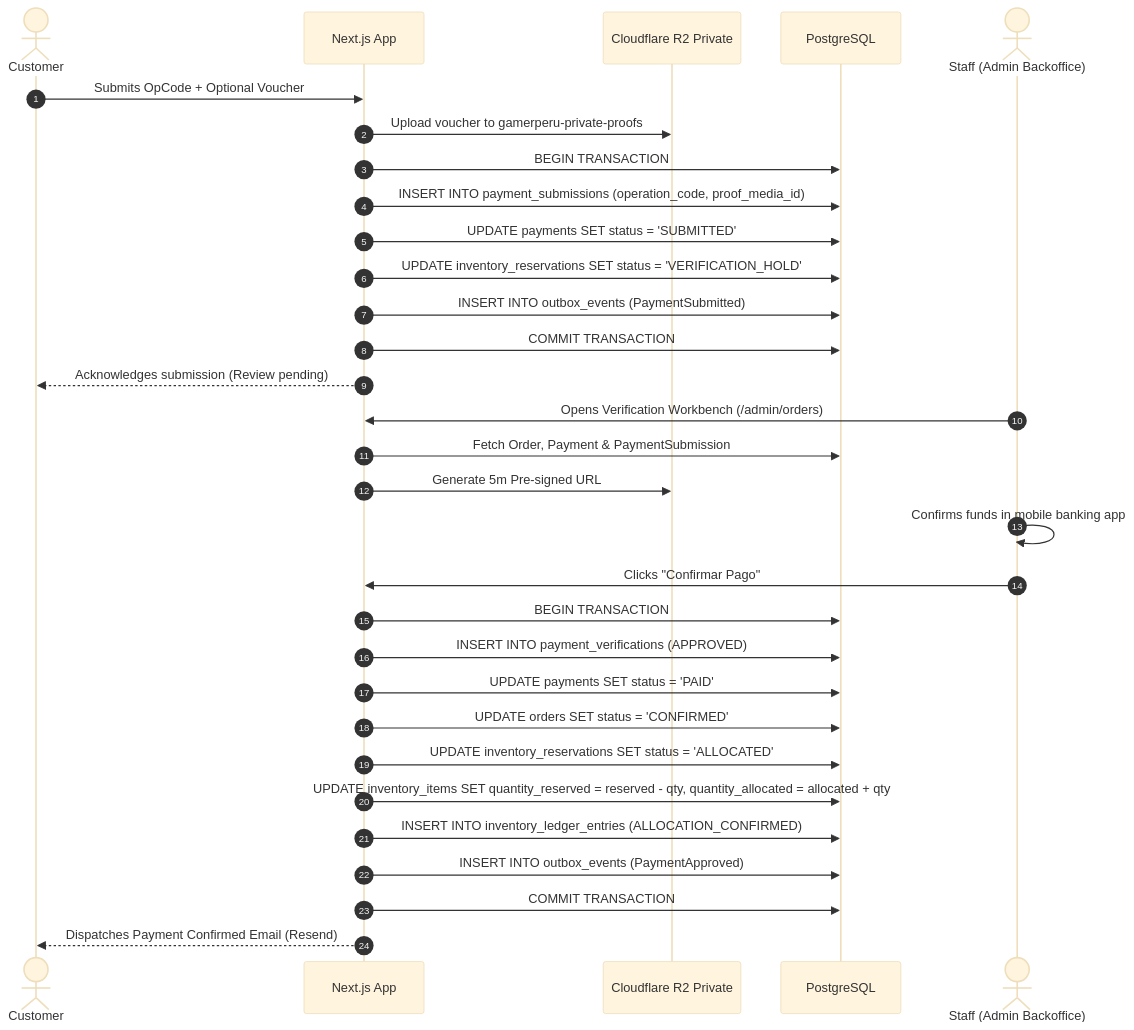
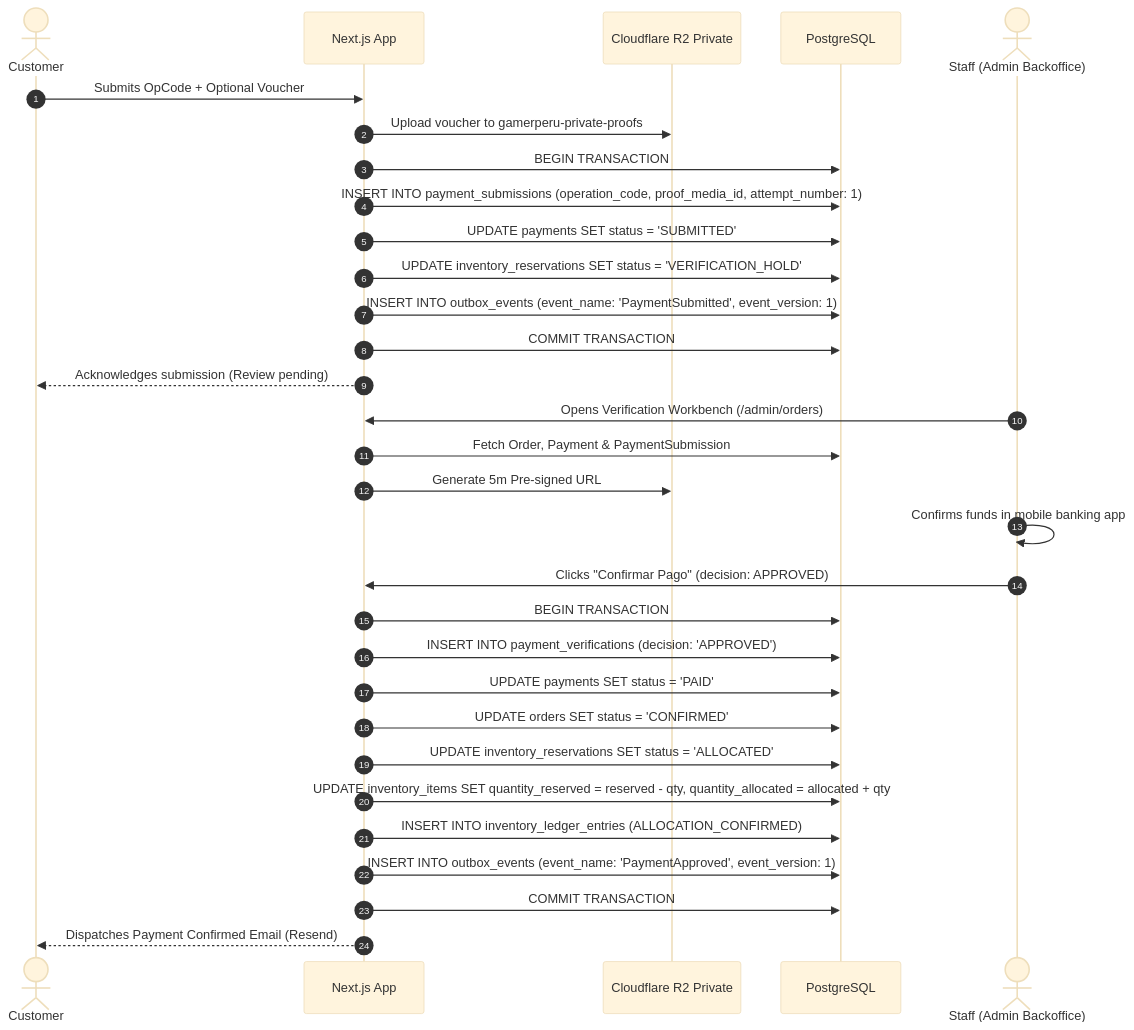
Diagram 11 of 15 in docs/architecture/COMMERCE_DOMAIN_MODEL.md (SaeBryxn/GamerPeru-Vercel), drawn with Mermaid (base theme) before and after one commit. The commit also changed other lines of this file and 1 other file, not shown here.

Commit message:
docs: finalize GP-004 schema readiness

````diff
--- a/docs/architecture/COMMERCE_DOMAIN_MODEL.md
+++ b/docs/architecture/COMMERCE_DOMAIN_MODEL.md
@@ -1327,35 +1383,35 @@
 ```mermaid
 sequenceDiagram
     autonumber
     actor Customer
     participant App as Next.js App
     participant R2 as Cloudflare R2 Private
     participant DB as PostgreSQL
     actor Admin as Staff (Admin Backoffice)
 
     Customer->>App: Submits OpCode + Optional Voucher
     App->>R2: Upload voucher to gamerperu-private-proofs
     App->>DB: BEGIN TRANSACTION
-    App->>DB: INSERT INTO payment_submissions (operation_code, proof_media_id)
+    App->>DB: INSERT INTO payment_submissions (operation_code, proof_media_id, attempt_number: 1)
     App->>DB: UPDATE payments SET status = 'SUBMITTED'
     App->>DB: UPDATE inventory_reservations SET status = 'VERIFICATION_HOLD'
-    App->>DB: INSERT INTO outbox_events (PaymentSubmitted)
+    App->>DB: INSERT INTO outbox_events (event_name: 'PaymentSubmitted', event_version: 1)
     App->>DB: COMMIT TRANSACTION
     App-->>Customer: Acknowledges submission (Review pending)
     
     Admin->>App: Opens Verification Workbench (/admin/orders)
     App->>DB: Fetch Order, Payment & PaymentSubmission
     App->>R2: Generate 5m Pre-signed URL
     Admin->>Admin: Confirms funds in mobile banking app
-    Admin->>App: Clicks "Confirmar Pago"
+    Admin->>App: Clicks "Confirmar Pago" (decision: APPROVED)
     App->>DB: BEGIN TRANSACTION
-    App->>DB: INSERT INTO payment_verifications (APPROVED)
+    App->>DB: INSERT INTO payment_verifications (decision: 'APPROVED')
     App->>DB: UPDATE payments SET status = 'PAID'
     App->>DB: UPDATE orders SET status = 'CONFIRMED'
     App->>DB: UPDATE inventory_reservations SET status = 'ALLOCATED'
     App->>DB: UPDATE inventory_items SET quantity_reserved = reserved - qty, quantity_allocated = allocated + qty
     App->>DB: INSERT INTO inventory_ledger_entries (ALLOCATION_CONFIRMED)
-    App->>DB: INSERT INTO outbox_events (PaymentApproved)
+    App->>DB: INSERT INTO outbox_events (event_name: 'PaymentApproved', event_version: 1)
     App->>DB: COMMIT TRANSACTION
     App-->>Customer: Dispatches Payment Confirmed Email (Resend)
 ```
````
